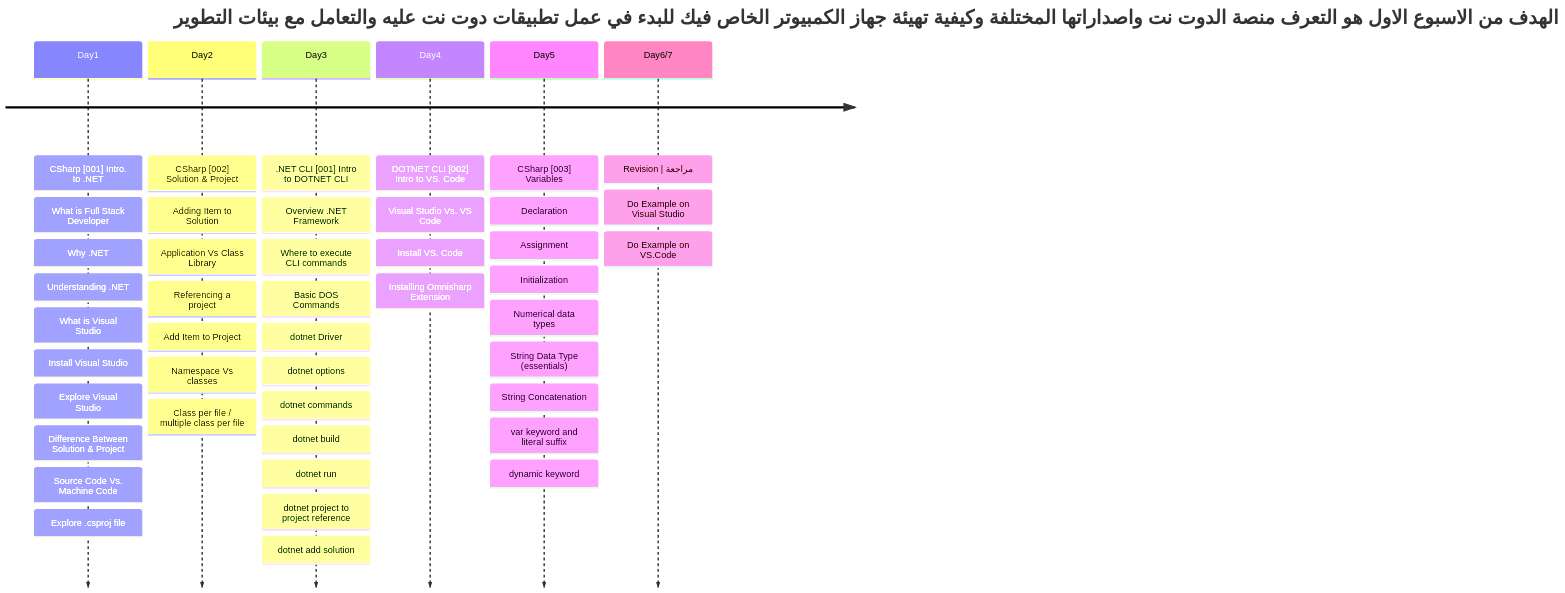
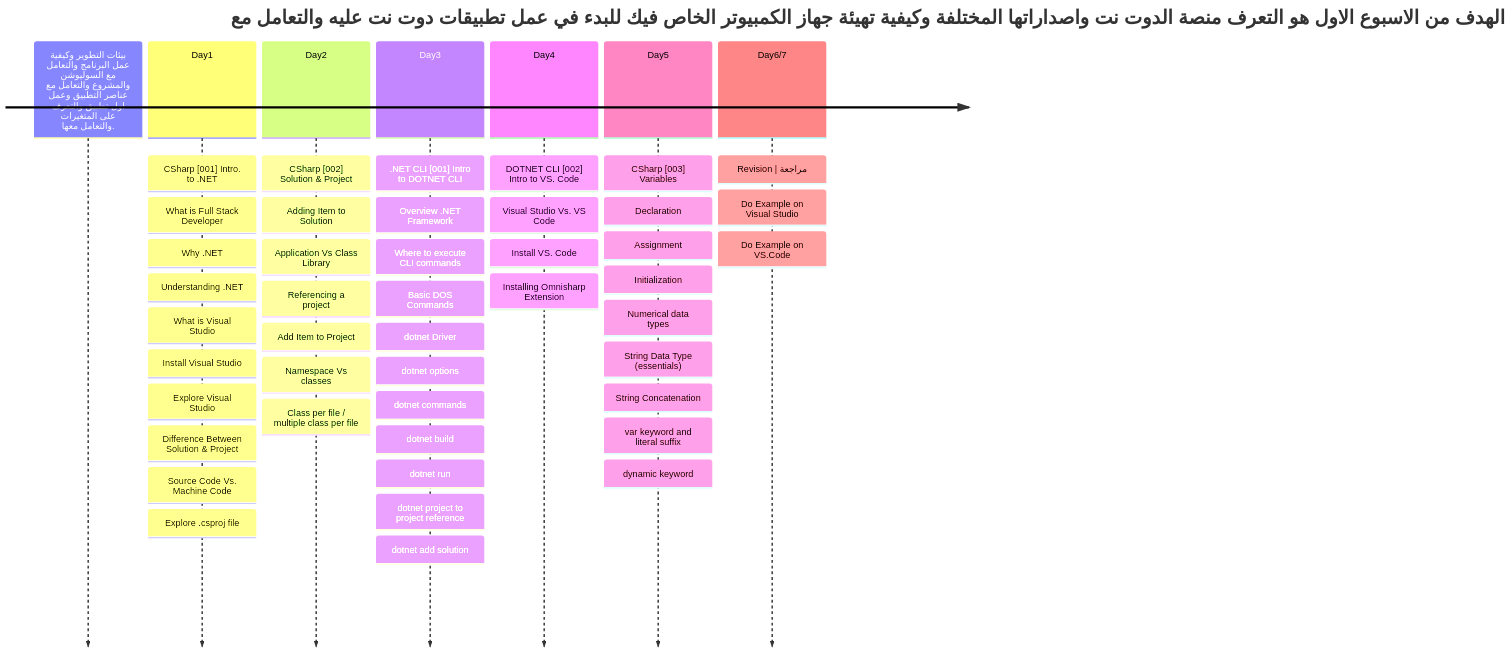
One commit to metigator/Roadmap changed the first of 3 diagrams in README.md. Above: the diagram before and after it, drawn with Mermaid.

````diff
--- a/README.md
+++ b/README.md
@@ -5,49 +5,50 @@
 ```mermaid
 timeline
-    title  الهدف من الاسبوع الاول هو التعرف منصة الدوت نت واصداراتها المختلفة وكيفية تهيئة جهاز الكمبيوتر الخاص فيك للبدء في عمل تطبيقات دوت نت عليه والتعامل مع  بيئات التطوير  
+    title  الهدف من الاسبوع الاول هو التعرف منصة الدوت نت واصداراتها المختلفة وكيفية تهيئة جهاز الكمبيوتر الخاص فيك للبدء في عمل تطبيقات دوت نت عليه والتعامل مع  
+ بيئات التطوير وكيفية عمل البرنامج والتعامل مع السوليوشن والمشروع والتعامل مع عناصر التطبيق وعمل اول تطبيق والتعرف على المتغيرات والتعامل معها.
     Day1 : CSharp [001] Intro. to .NET
          : What is Full Stack Developer
          : Why .NET
          : Understanding .NET
          : What is Visual Studio
          : Install Visual Studio
          : Explore Visual Studio
          : Difference Between Solution & Project
          : Source Code Vs. Machine Code
          : Explore .csproj file
     Day2 : CSharp [002] Solution & Project
          : Adding Item to Solution
          : Application Vs Class Library
          : Referencing a project
          : Add Item to Project
          : Namespace Vs classes
          : Class per file / multiple class per file 
     Day3 : .NET CLI [001] Intro to DOTNET CLI
          : Overview .NET Framework
          : Where to execute CLI commands
          : Basic DOS Commands
          : dotnet Driver
          : dotnet options
          : dotnet commands
          : dotnet build
          : dotnet run
          : dotnet project to project reference
          : dotnet add solution
     Day4 : DOTNET CLI [002] Intro to VS. Code
          : Visual Studio Vs. VS Code
          : Install VS. Code
          : Installing Omnisharp Extension
     Day5 : CSharp [003] Variables 
          : Declaration
          : Assignment
          : Initialization
          : Numerical data types
          : String Data Type (essentials)
          : String Concatenation
          : var keyword and literal suffix
          : dynamic keyword
   Day6/7 : Revision | مراجعة
          : Do Example on Visual Studio
          : Do Example on VS.Code
          
 ```
````
